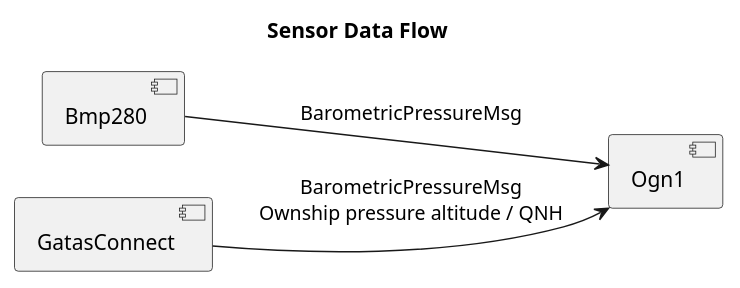
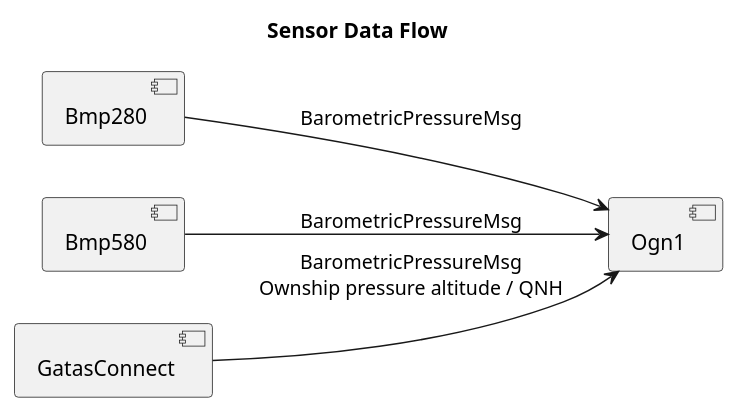
Before and after one commit to gatasConspicuity/gatas: the sixth of 7 diagrams in doc/message-bus.md, drawn with PlantUML. The commit also changed other lines of this file and 49 other files, not shown here.

````diff
--- a/doc/message-bus.md
+++ b/doc/message-bus.md
@@ -344,14 +351,15 @@
 ```plantuml
 ' =====================================================================
 ' SENSOR FLOW
 ' =====================================================================
 @startuml
 title Sensor Data Flow
 
 left to right direction
 
 [Bmp280] --> [Ogn1] : BarometricPressureMsg
+[Bmp580] --> [Ogn1] : BarometricPressureMsg
 [GatasConnect] --> [Ogn1] : BarometricPressureMsg\nOwnship pressure altitude / QNH
 
 @enduml
 ```
````
